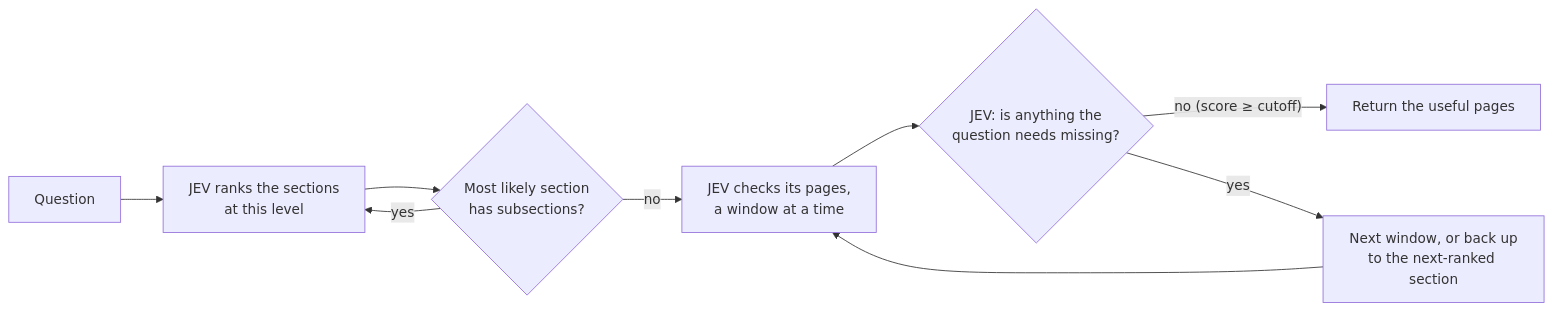
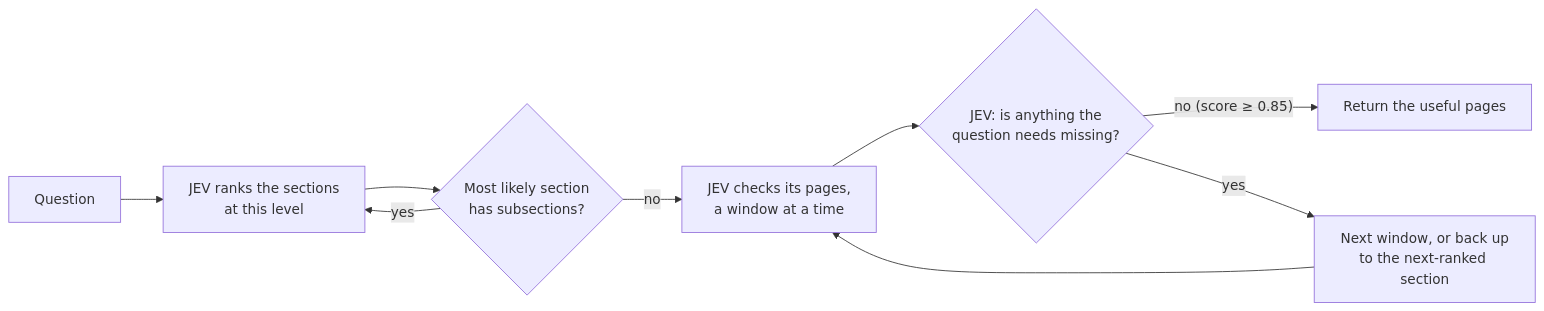
One commit to bakubay/jev-dfs-document-search changed the diagram in docs/results/REPORT.md. Above: the diagram before and after it, drawn with Mermaid. The commit also changed other lines of this file and 2 other files, not shown here.

````diff
--- a/docs/results/REPORT.md
+++ b/docs/results/REPORT.md
@@ -38,11 +33,11 @@
 ```mermaid
 flowchart LR
   Q[Question] --> R[JEV ranks the sections<br>at this level]
   R --> D{Most likely section<br>has subsections?}
   D -- yes --> R
   D -- no --> C[JEV checks its pages,<br>a window at a time]
   C --> S{JEV: is anything the<br>question needs missing?}
-  S -- "no (score ≥ cutoff)" --> OUT[Return the useful pages]
+  S -- "no (score ≥ 0.85)" --> OUT[Return the useful pages]
   S -- yes --> N[Next window, or back up<br>to the next-ranked section]
   N --> C
 ```
````
